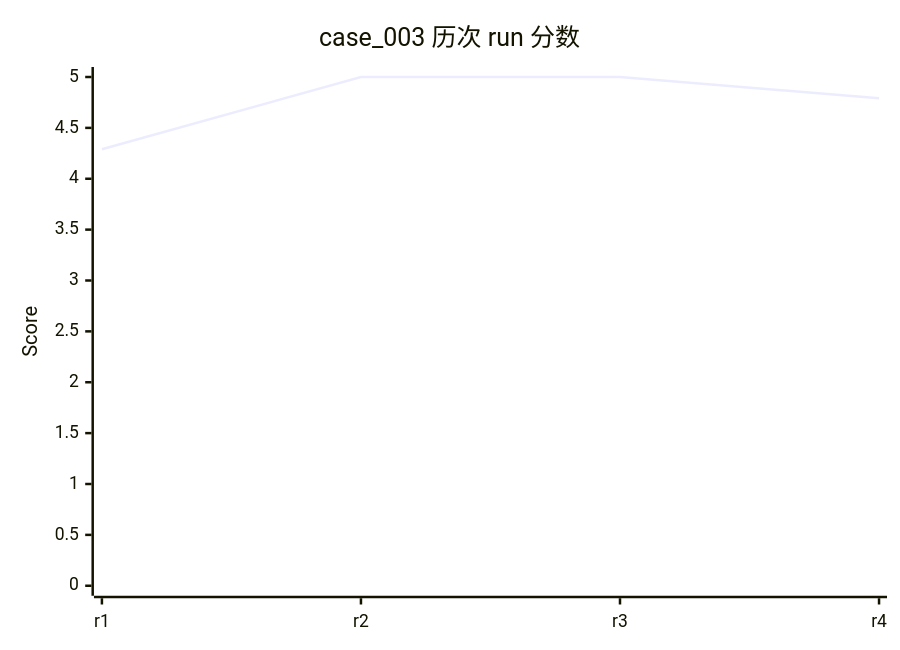
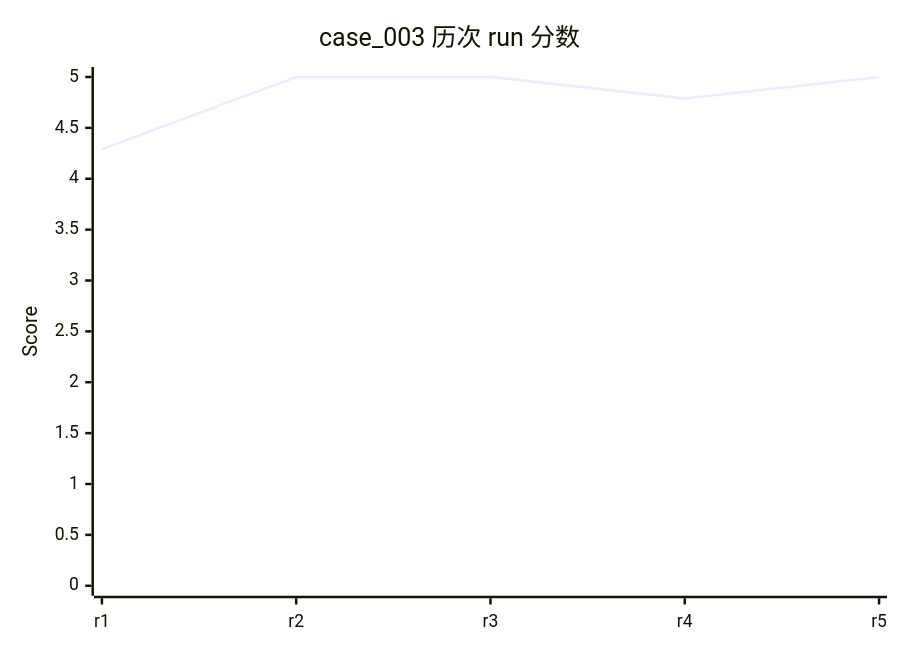
Before and after one commit to rushengzhou/sid-code: the tenth of 58 diagrams in evals/DASHBOARD.md, drawn with Mermaid. The commit also changed other lines of this file and 53 other files, not shown here.

````diff
--- a/evals/DASHBOARD.md
+++ b/evals/DASHBOARD.md
@@ -280,7 +281,7 @@
 ```mermaid
 xychart-beta
     title "case_003 历次 run 分数"
-    x-axis [r1, r2, r3, r4]
+    x-axis [r1, r2, r3, r4, r5]
     y-axis "Score" 0 --> 5
-    line [4.29, 5.00, 5.00, 4.79]
+    line [4.29, 5.00, 5.00, 4.79, 5.00]
 ```
````
